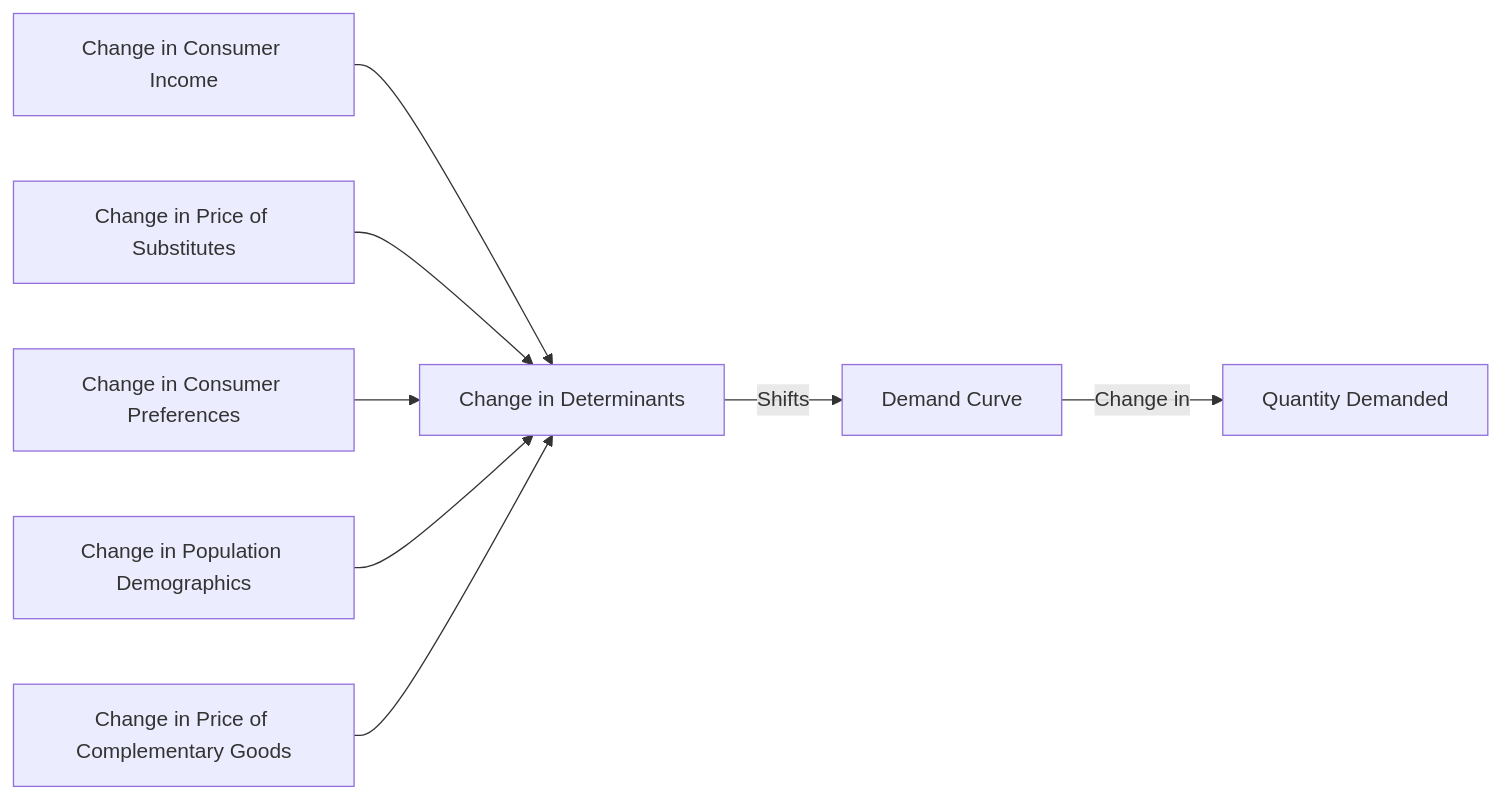
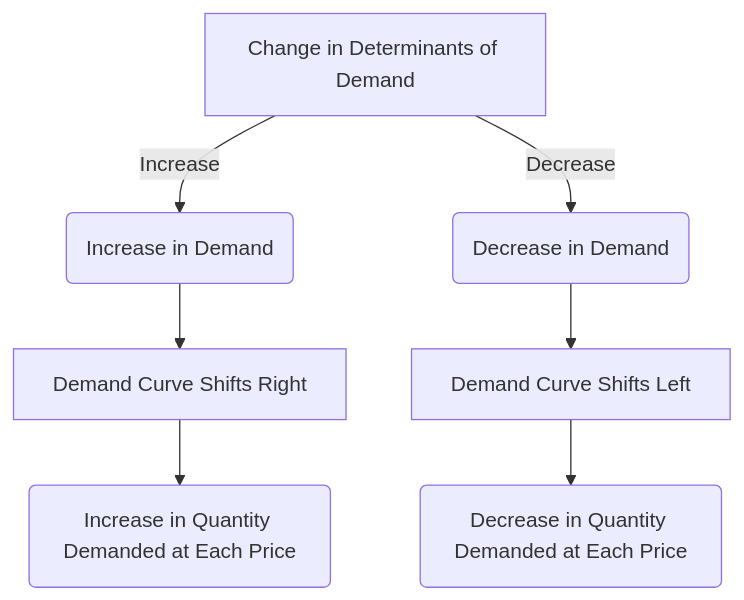
One commit to DagimAlemayehuu/Ater changed the diagram in Obsidian_Vault/2-Academic/Winter 2026/Economics/2_Theory_Of_Demand_And_Supply/Change_In_Demand.md. Above: the diagram before and after it, drawn with Mermaid. The commit also changed other lines of this file and 41 other files, not shown here.

Commit message:
Hardening OKA Pedagogical Architecture: Fix relational links, metadata formatting, and Jump-to-PDF functionality

````diff
--- a/Obsidian_Vault/2-Academic/Winter 2026/Economics/2_Theory_Of_Demand_And_Supply/Change_In_Demand.md
+++ b/Obsidian_Vault/2-Academic/Winter 2026/Economics/2_Theory_Of_Demand_And_Supply/Change_In_Demand.md
@@ -34,12 +43,11 @@
 ```mermaid
 
-graph LR
-    A[Change in Determinants] -->|Shifts| B[Demand Curve]
-    B -->|Change in| C[Quantity Demanded]
-    D[Change in Consumer Income] --> A
-    E[Change in Price of Substitutes] --> A
-    F[Change in Consumer Preferences] --> A
-    G[Change in Population Demographics] --> A
-    H[Change in Price of Complementary Goods] --> A
+graph TD
+    A[Change in Determinants of Demand] -->|Increase| B(Increase in Demand)
+    A -->|Decrease| C(Decrease in Demand)
+    B --> D[Demand Curve Shifts Right]
+    C --> E[Demand Curve Shifts Left]
+    D --> F(Increase in Quantity Demanded at Each Price)
+    E --> G(Decrease in Quantity Demanded at Each Price)
 
 ```
````
